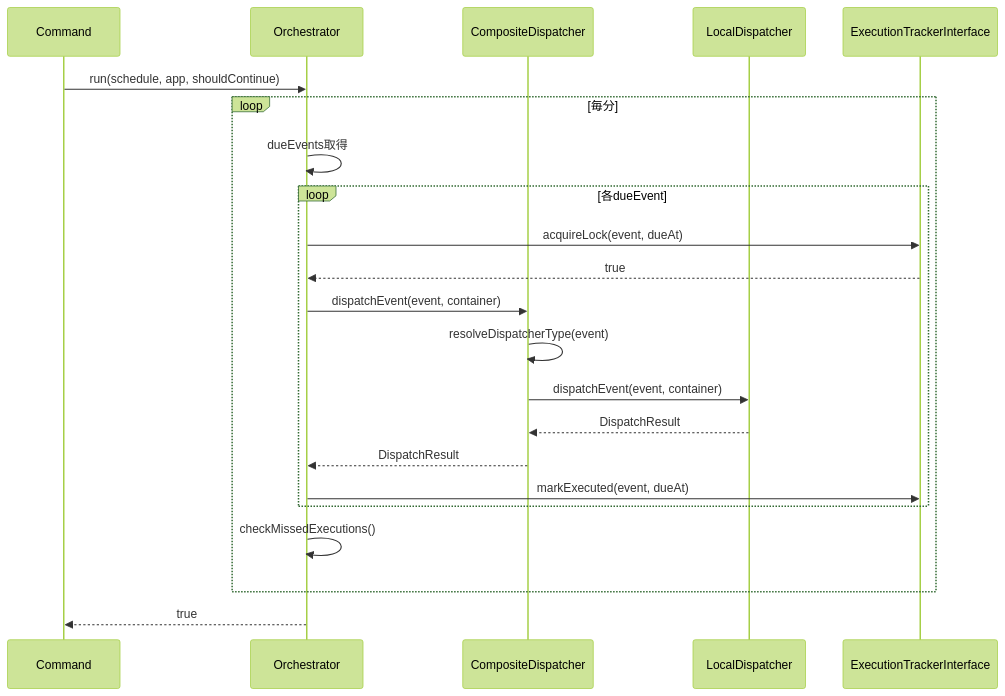
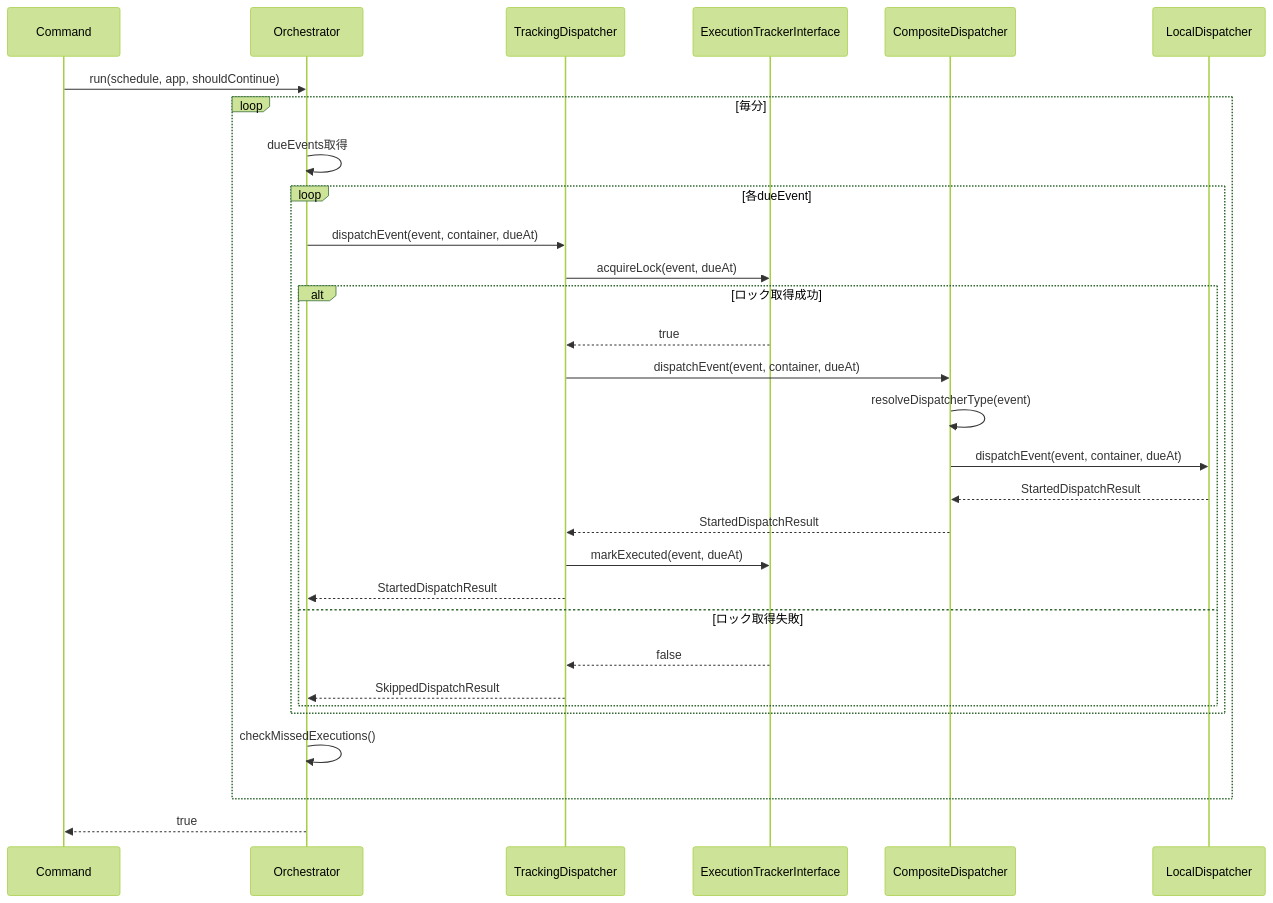
The second of 4 diagrams in docs/DESIGN.md (rakkofield/laravel-graceful-schedule-worker), drawn with Mermaid (forest theme) before and after one commit. The commit also changed other lines of this file and 8 other files, not shown here.

````diff
--- a/docs/DESIGN.md
+++ b/docs/DESIGN.md
@@ -379,27 +407,35 @@
 ```mermaid
 sequenceDiagram
     participant Cmd as Command
     participant Orch as Orchestrator
-    participant Disp as CompositeDispatcher
+    participant TDisp as TrackingDispatcher
+    participant Track as ExecutionTrackerInterface
+    participant Comp as CompositeDispatcher
     participant Local as LocalDispatcher
-    participant Track as ExecutionTrackerInterface
 
     Cmd->>Orch: run(schedule, app, shouldContinue)
 
     loop 毎分
         Orch->>Orch: dueEvents取得
         loop 各dueEvent
-            Orch->>Track: acquireLock(event, dueAt)
-            Track-->>Orch: true
-            Orch->>Disp: dispatchEvent(event, container)
-            Disp->>Disp: resolveDispatcherType(event)
-            Disp->>Local: dispatchEvent(event, container)
-            Local-->>Disp: DispatchResult
-            Disp-->>Orch: DispatchResult
-            Orch->>Track: markExecuted(event, dueAt)
+            Orch->>TDisp: dispatchEvent(event, container, dueAt)
+            TDisp->>Track: acquireLock(event, dueAt)
+            alt ロック取得成功
+                Track-->>TDisp: true
+                TDisp->>Comp: dispatchEvent(event, container, dueAt)
+                Comp->>Comp: resolveDispatcherType(event)
+                Comp->>Local: dispatchEvent(event, container, dueAt)
+                Local-->>Comp: StartedDispatchResult
+                Comp-->>TDisp: StartedDispatchResult
+                TDisp->>Track: markExecuted(event, dueAt)
+                TDisp-->>Orch: StartedDispatchResult
+            else ロック取得失敗
+                Track-->>TDisp: false
+                TDisp-->>Orch: SkippedDispatchResult
+            end
         end
         Orch->>Orch: checkMissedExecutions()
     end
 
     Orch-->>Cmd: true
 ```
````
